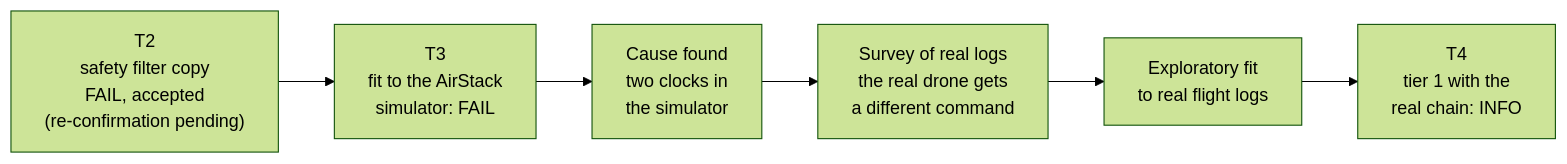
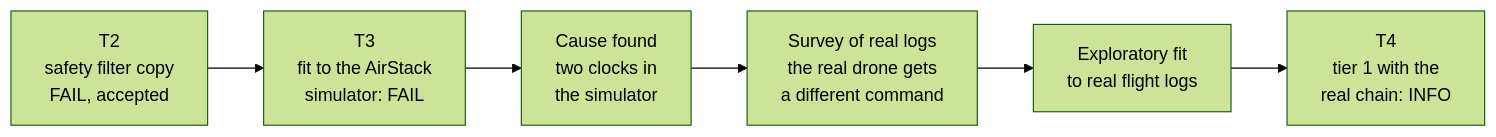
Before and after one commit to AI-DA-STC/AirStack-starling-max2: the first of 2 diagrams in svg_training/docs/S1_RESULTS.md, drawn with Mermaid (forest theme). The commit also changed other lines of this file and 5 other files, not shown here.

````diff
--- a/svg_training/docs/S1_RESULTS.md
+++ b/svg_training/docs/S1_RESULTS.md
@@ -32,8 +32,8 @@
 ```mermaid
 flowchart LR
-  A["T2<br/>safety filter copy<br/>FAIL, accepted<br/>(re-confirmation pending)"] --> B["T3<br/>fit to the AirStack<br/>simulator: FAIL"]
+  A["T2<br/>safety filter copy<br/>FAIL, accepted"] --> B["T3<br/>fit to the AirStack<br/>simulator: FAIL"]
   B --> C["Cause found<br/>two clocks in<br/>the simulator"]
   C --> D["Survey of real logs<br/>the real drone gets<br/>a different command"]
   D --> E["Exploratory fit<br/>to real flight logs"]
   E --> F["T4<br/>tier 1 with the<br/>real chain: INFO"]
 ```
````
